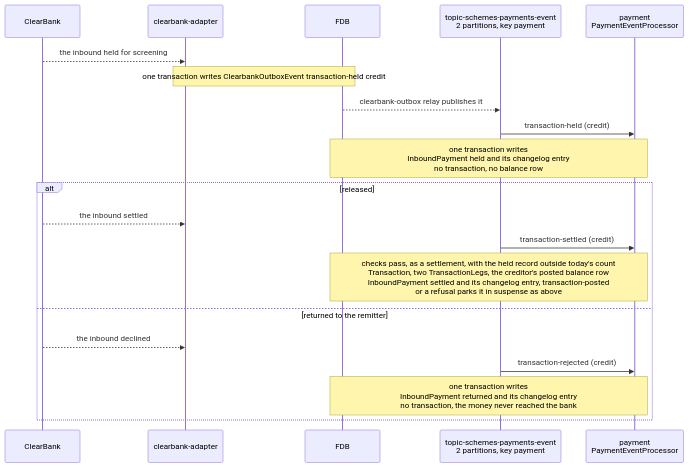
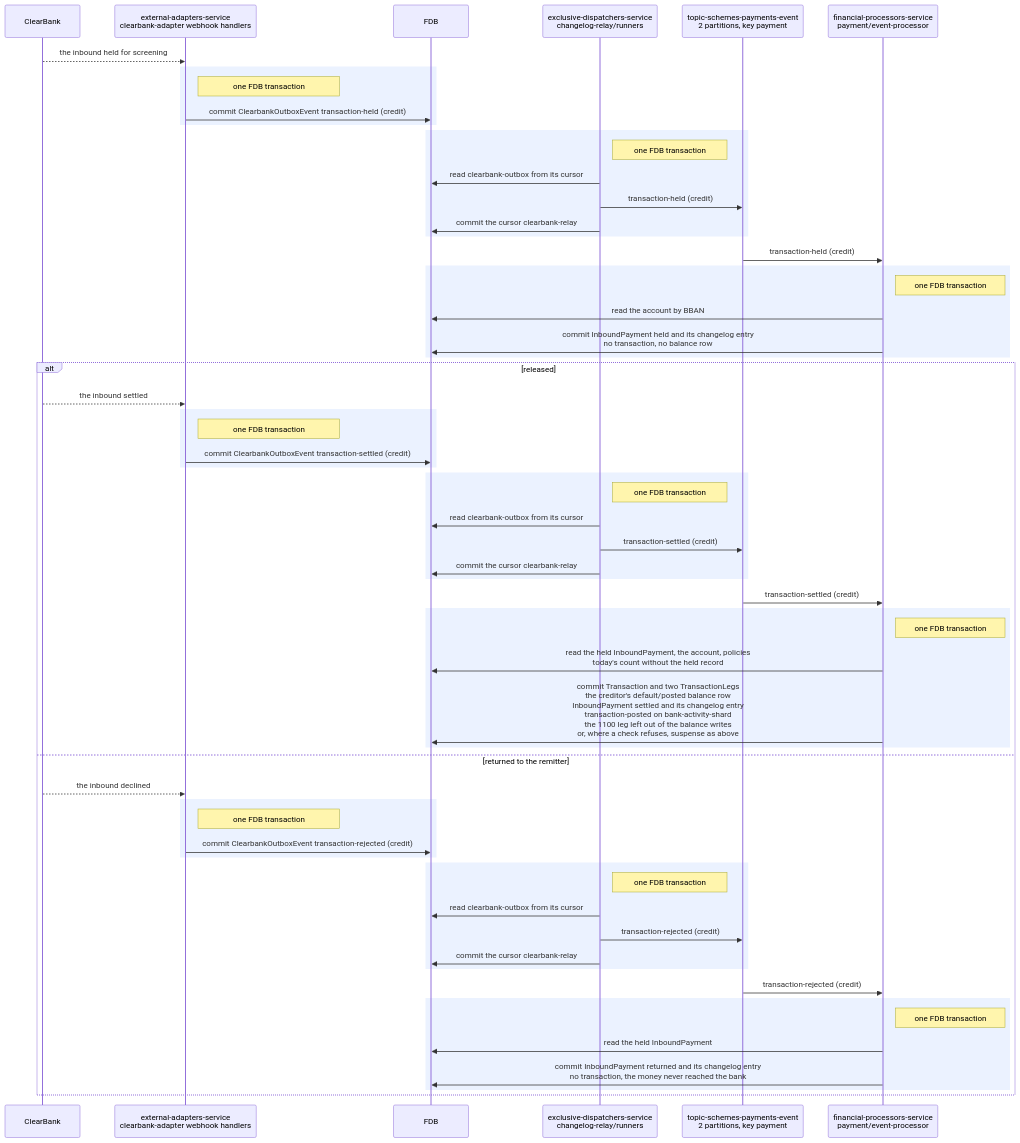
Before and after one commit to repldriven/queenswood: the fourth of 6 diagrams in docs/tdd/payments-inbound.md, drawn with Mermaid. The commit also changed other lines of this file and 1 other file, not shown here.

First line of the commit message:
Draw each FDB transaction as a commit to it, and name every participant as it is in the code

````diff
--- a/docs/tdd/payments-inbound.md
+++ b/docs/tdd/payments-inbound.md
@@ -130,22 +162,63 @@
 ```mermaid
 sequenceDiagram
     participant PR as ClearBank
-    participant AD as clearbank-adapter
+    participant WH as external-adapters-service<br/>clearbank-adapter webhook handlers
     participant DB as FDB
+    participant OR as exclusive-dispatchers-service<br/>changelog-relay/runners
     participant SE as topic-schemes-payments-event<br/>2 partitions, key payment
-    participant PE as payment<br/>PaymentEventProcessor
-    PR-->>AD: the inbound held for screening
-    Note over AD,DB: one transaction writes ClearbankOutboxEvent transaction-held credit
-    DB-->>SE: clearbank-outbox relay publishes it
+    participant PE as financial-processors-service<br/>payment/event-processor
+    PR-->>WH: the inbound held for screening
+    rect rgb(235, 242, 255)
+    Note right of WH: one FDB transaction
+    WH->>DB: commit ClearbankOutboxEvent transaction-held (credit)
+    end
+    rect rgb(235, 242, 255)
+    Note right of OR: one FDB transaction
+    OR->>DB: read clearbank-outbox from its cursor
+    OR->>SE: transaction-held (credit)
+    OR->>DB: commit the cursor clearbank-relay
+    end
     SE->>PE: transaction-held (credit)
-    Note over PE,DB: one transaction writes<br/>InboundPayment held and its changelog entry<br/>no transaction, no balance row
+    rect rgb(235, 242, 255)
+    Note right of PE: one FDB transaction
+    PE->>DB: read the account by BBAN
+    PE->>DB: commit InboundPayment held and its changelog entry<br/>no transaction, no balance row
+    end
     alt released
-        PR-->>AD: the inbound settled
+        PR-->>WH: the inbound settled
+        rect rgb(235, 242, 255)
+        Note right of WH: one FDB transaction
+        WH->>DB: commit ClearbankOutboxEvent transaction-settled (credit)
+        end
+        rect rgb(235, 242, 255)
+        Note right of OR: one FDB transaction
+        OR->>DB: read clearbank-outbox from its cursor
+        OR->>SE: transaction-settled (credit)
+        OR->>DB: commit the cursor clearbank-relay
+        end
         SE->>PE: transaction-settled (credit)
-        Note over PE,DB: checks pass, as a settlement, with the held record outside today's count<br/>Transaction, two TransactionLegs, the creditor's posted balance row<br/>InboundPayment settled and its changelog entry, transaction-posted<br/>or a refusal parks it in suspense as above
+        rect rgb(235, 242, 255)
+        Note right of PE: one FDB transaction
+        PE->>DB: read the held InboundPayment, the account, policies<br/>today's count without the held record
+        PE->>DB: commit Transaction and two TransactionLegs<br/>the creditor's default/posted balance row<br/>InboundPayment settled and its changelog entry<br/>transaction-posted on bank-activity-shard<br/>the 1100 leg left out of the balance writes<br/>or, where a check refuses, suspense as above
+        end
     else returned to the remitter
-        PR-->>AD: the inbound declined
+        PR-->>WH: the inbound declined
+        rect rgb(235, 242, 255)
+        Note right of WH: one FDB transaction
+        WH->>DB: commit ClearbankOutboxEvent transaction-rejected (credit)
+        end
+        rect rgb(235, 242, 255)
+        Note right of OR: one FDB transaction
+        OR->>DB: read clearbank-outbox from its cursor
+        OR->>SE: transaction-rejected (credit)
+        OR->>DB: commit the cursor clearbank-relay
+        end
         SE->>PE: transaction-rejected (credit)
-        Note over PE,DB: one transaction writes<br/>InboundPayment returned and its changelog entry<br/>no transaction, the money never reached the bank
+        rect rgb(235, 242, 255)
+        Note right of PE: one FDB transaction
+        PE->>DB: read the held InboundPayment
+        PE->>DB: commit InboundPayment returned and its changelog entry<br/>no transaction, the money never reached the bank
+        end
     end
 ```
````
